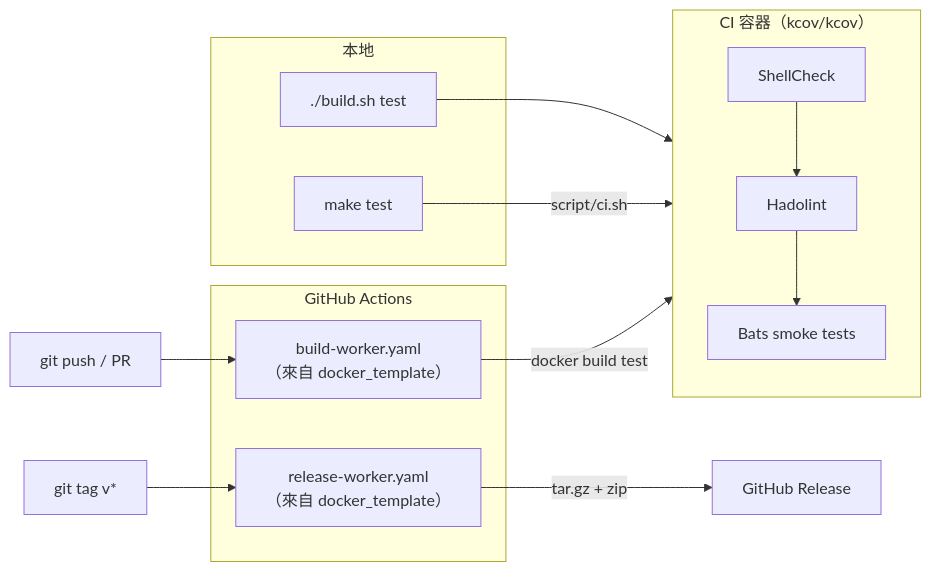
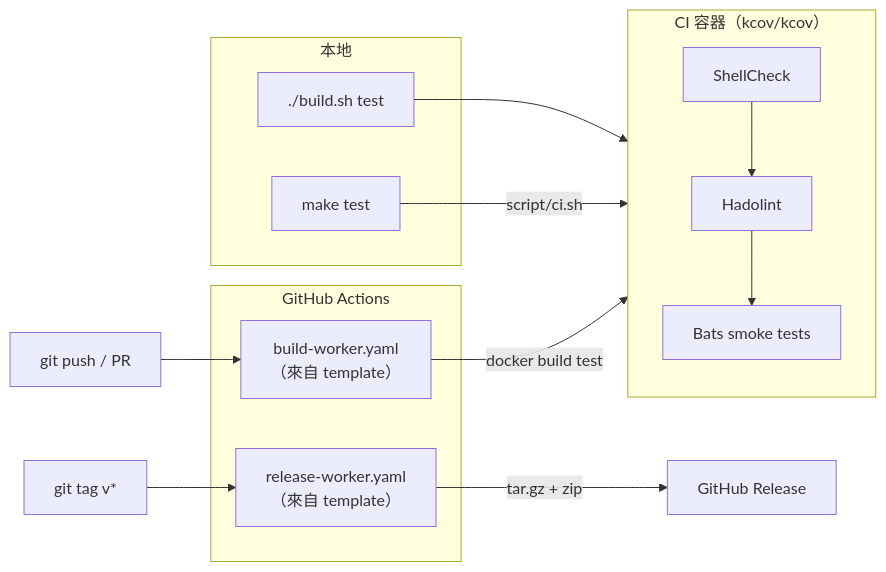
The second of 2 diagrams in doc/readme/README.zh-TW.md (ycpss91255-docker/base), drawn with Mermaid before and after one commit. The commit also changed other lines of this file and 24 other files, not shown here.

First line of the commit message:
feat!: rename docker_template → template

````diff
--- a/doc/readme/README.zh-TW.md
+++ b/doc/readme/README.zh-TW.md
@@ -64,27 +64,27 @@
 ```mermaid
 flowchart LR
     subgraph local["本地"]
         build_test["./build.sh test"]
         make_test["make test"]
     end
 
     subgraph ci_container["CI 容器（kcov/kcov）"]
         shellcheck["ShellCheck"]
         hadolint["Hadolint"]
         bats["Bats smoke tests"]
     end
 
     subgraph github["GitHub Actions"]
-        build_worker["build-worker.yaml<br/>（來自 docker_template）"]
-        release_worker["release-worker.yaml<br/>（來自 docker_template）"]
+        build_worker["build-worker.yaml<br/>（來自 template）"]
+        release_worker["release-worker.yaml<br/>（來自 template）"]
     end
 
     build_test --> ci_container
     make_test -->|"script/ci.sh"| ci_container
     shellcheck --> hadolint --> bats
 
     push["git push / PR"] --> build_worker
     build_worker -->|"docker build test"| ci_container
     tag["git tag v*"] --> release_worker
     release_worker -->|"tar.gz + zip"| release["GitHub Release"]
 ```
````
